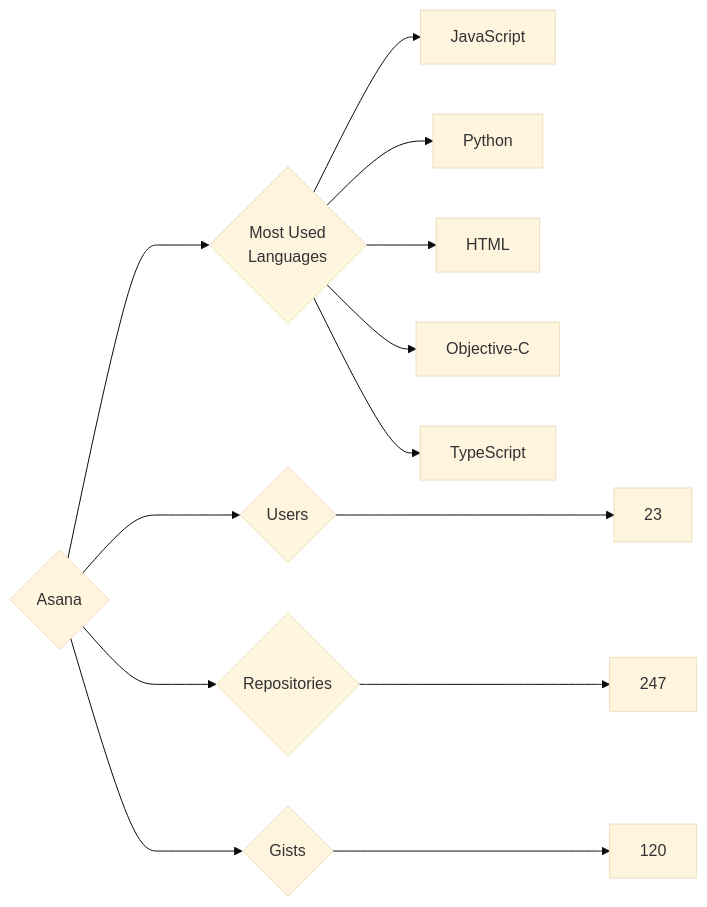
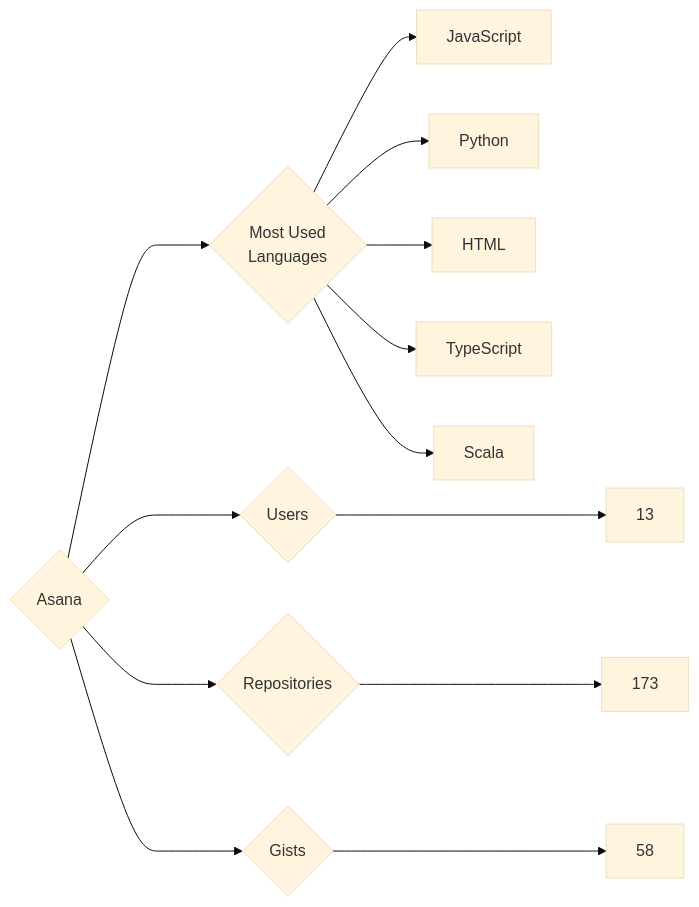
Before and after one commit to trickest/insiders: the diagram in targets/Asana/README.md, drawn with Mermaid (base theme). The commit also changed 745 other files, not shown here.

````diff
--- a/targets/Asana/README.md
+++ b/targets/Asana/README.md
@@ -3,13 +3,13 @@
 ```mermaid
 graph LR
 COMPANY_NAME{Asana}
-COMPANY_NAME ---> U{Users} ---> UN[23]
-COMPANY_NAME ---> R{Repositories} ---> RN[247]
-COMPANY_NAME ---> G{Gists} ---> GN[120]
+COMPANY_NAME ---> U{Users} ---> UN[13]
+COMPANY_NAME ---> R{Repositories} ---> RN[173]
+COMPANY_NAME ---> G{Gists} ---> GN[58]
 COMPANY_NAME ---> ML{Most Used<br>Languages}
 ML --> JavaScript[JavaScript]
 ML --> Python[Python]
 ML --> HTML[HTML]
-ML --> Objective-C[Objective-C]
 ML --> TypeScript[TypeScript]
+ML --> Scala[Scala]
 ```
````
